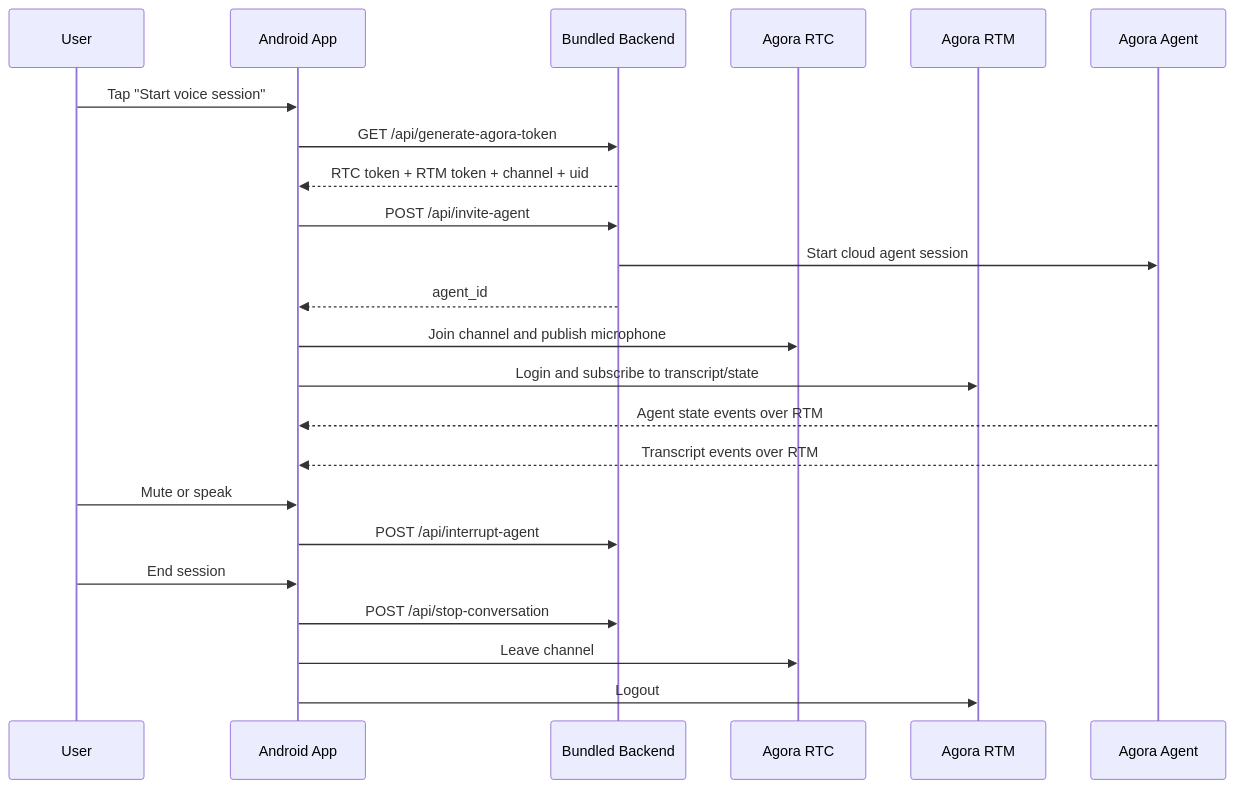
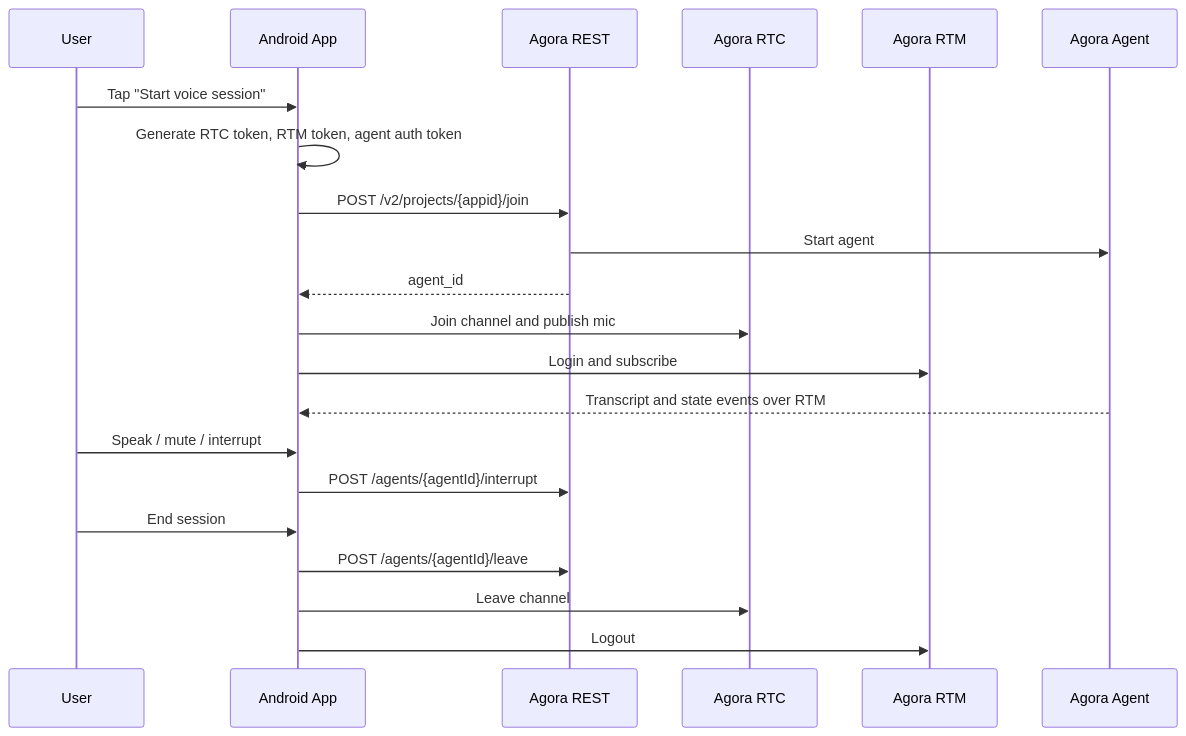
The second of 3 diagrams in README.md (AgoraIO-Conversational-AI/agent-quickstart-android), drawn with Mermaid before and after one commit. The commit also changed other lines of this file and 16 other files, not shown here.

Commit message:
using rest-api

````diff
--- a/README.md
+++ b/README.md
@@ -125,26 +117,24 @@
 ```mermaid
 sequenceDiagram
     participant U as User
     participant A as Android App
-    participant B as Bundled Backend
-    participant R as Agora RTC
+    participant R as Agora REST
+    participant C as Agora RTC
     participant M as Agora RTM
     participant G as Agora Agent
 
     U->>A: Tap "Start voice session"
-    A->>B: GET /api/generate-agora-token
-    B-->>A: RTC token + RTM token + channel + uid
-    A->>B: POST /api/invite-agent
-    B->>G: Start cloud agent session
-    B-->>A: agent_id
-    A->>R: Join channel and publish microphone
-    A->>M: Login and subscribe to transcript/state
-    G-->>A: Agent state events over RTM
-    G-->>A: Transcript events over RTM
-    U->>A: Mute or speak
-    A->>B: POST /api/interrupt-agent
+    A->>A: Generate RTC token, RTM token, agent auth token
+    A->>R: POST /v2/projects/{appid}/join
+    R->>G: Start agent
+    R-->>A: agent_id
+    A->>C: Join channel and publish mic
+    A->>M: Login and subscribe
+    G-->>A: Transcript and state events over RTM
+    U->>A: Speak / mute / interrupt
+    A->>R: POST /agents/{agentId}/interrupt
     U->>A: End session
-    A->>B: POST /api/stop-conversation
-    A->>R: Leave channel
+    A->>R: POST /agents/{agentId}/leave
+    A->>C: Leave channel
     A->>M: Logout
 ```
````
